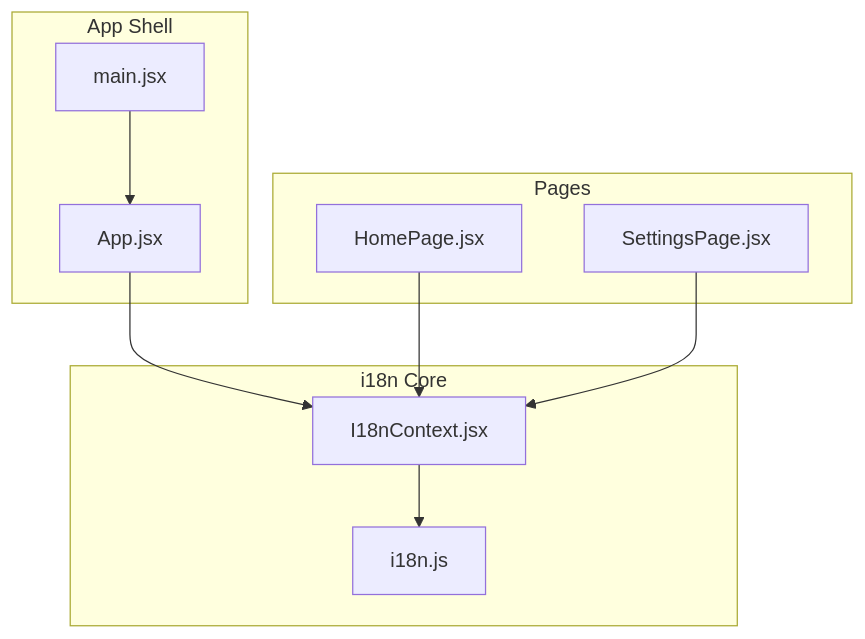
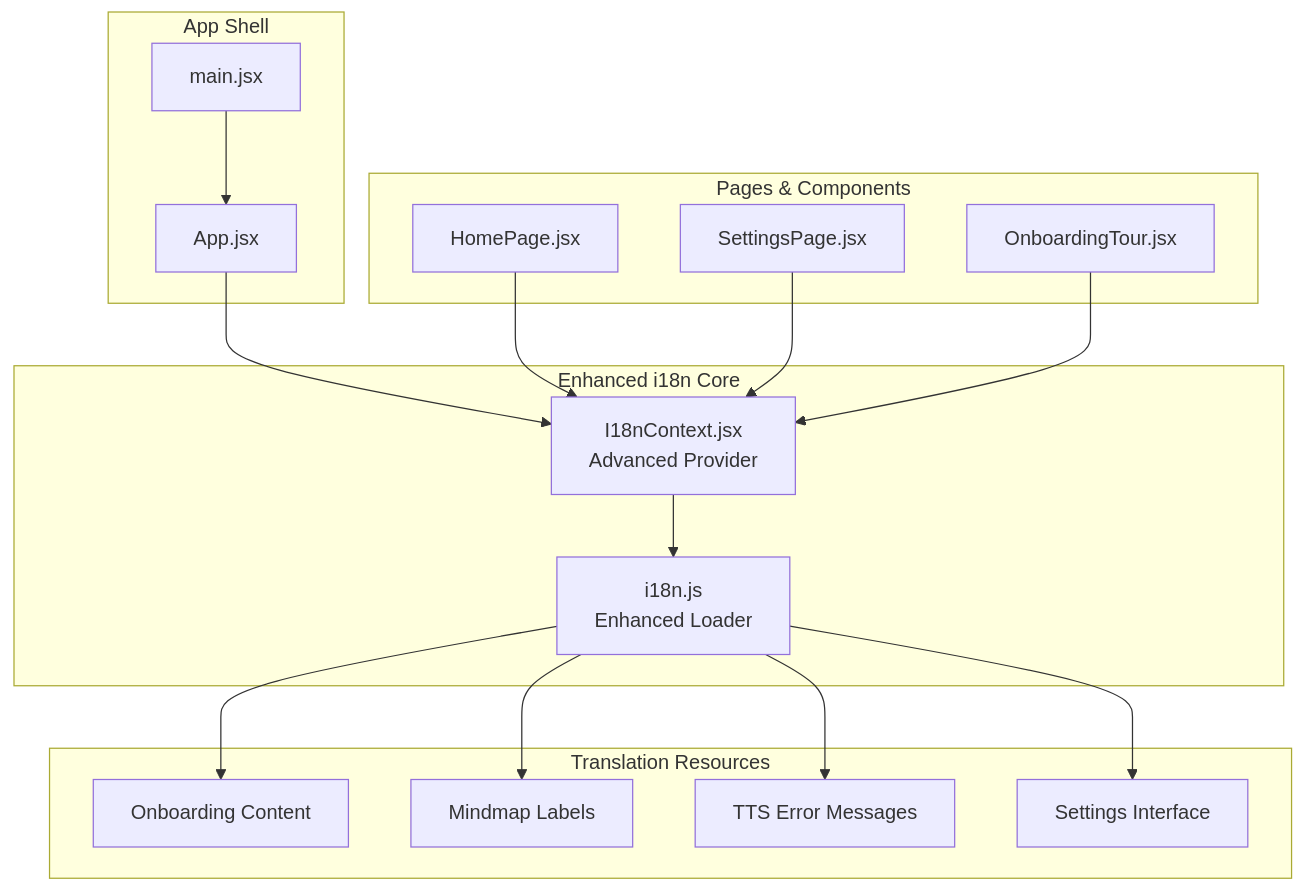
The first of 5 diagrams in .qoder/repowiki/en/content/Utility Libraries/Internationalization (i18n).md (zmyeo54/briefroom), drawn with Mermaid before and after one commit. The commit also changed other lines of this file and 41 other files, not shown here.

First line of the commit message:
docs(core-features): add detailed documentation for Mindmap Visualization and Onboarding Tour System

````diff
--- a/.qoder/repowiki/en/content/Utility Libraries/Internationalization (i18n).md
+++ b/.qoder/repowiki/en/content/Utility Libraries/Internationalization (i18n).md
@@ -33,20 +44,32 @@
 ```mermaid
 graph TB
-subgraph "i18n Core"
-I18nJS["i18n.js"]
-I18nCtx["I18nContext.jsx"]
+subgraph "Enhanced i18n Core"
+I18nJS["i18n.js<br/>Enhanced Loader"]
+I18nCtx["I18nContext.jsx<br/>Advanced Provider"]
+end
+subgraph "Translation Resources"
+Onboarding["Onboarding Content"]
+Mindmap["Mindmap Labels"]
+TTS["TTS Error Messages"]
+Settings["Settings Interface"]
 end
 subgraph "App Shell"
 Main["main.jsx"]
 App["App.jsx"]
 end
-subgraph "Pages"
+subgraph "Pages & Components"
 Home["HomePage.jsx"]
-Settings["SettingsPage.jsx"]
+SettingsPage["SettingsPage.jsx"]
+OnboardingTour["OnboardingTour.jsx"]
 end
 Main --> App
 App --> I18nCtx
 I18nCtx --> I18nJS
+I18nJS --> Onboarding
+I18nJS --> Mindmap
+I18nJS --> TTS
+I18nJS --> Settings
 Home --> I18nCtx
-Settings --> I18nCtx
+SettingsPage --> I18nCtx
+OnboardingTour --> I18nCtx
 ```
````
